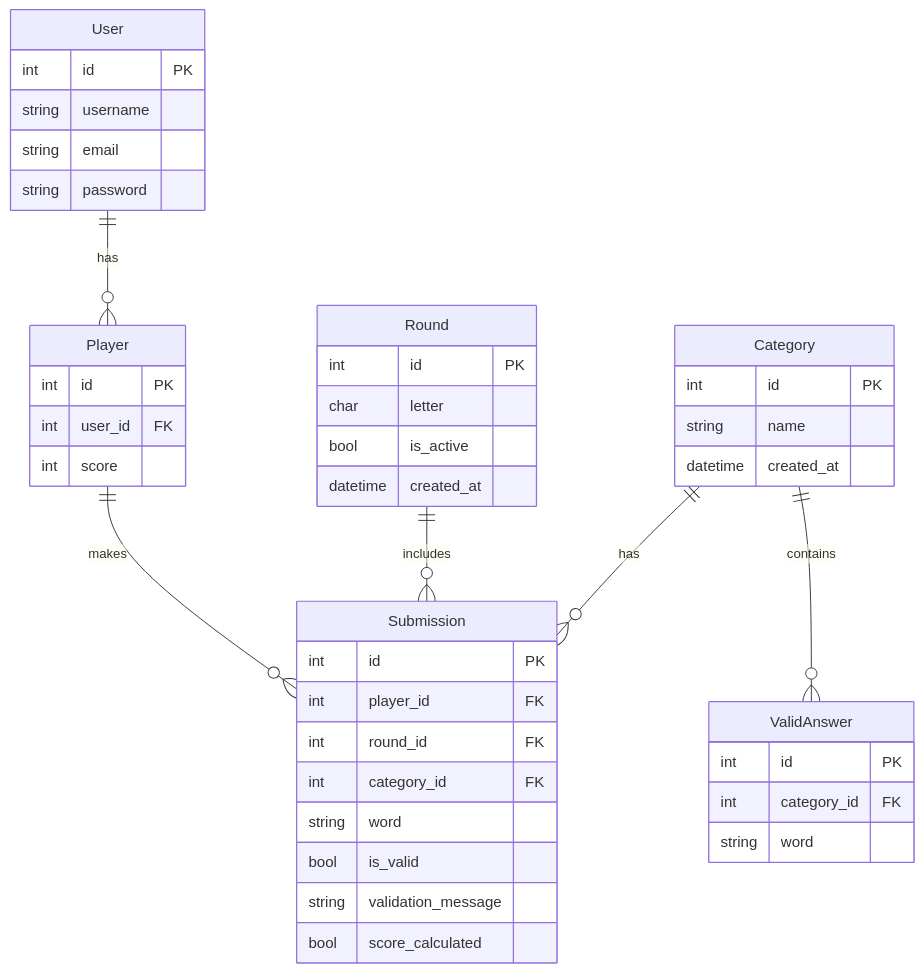
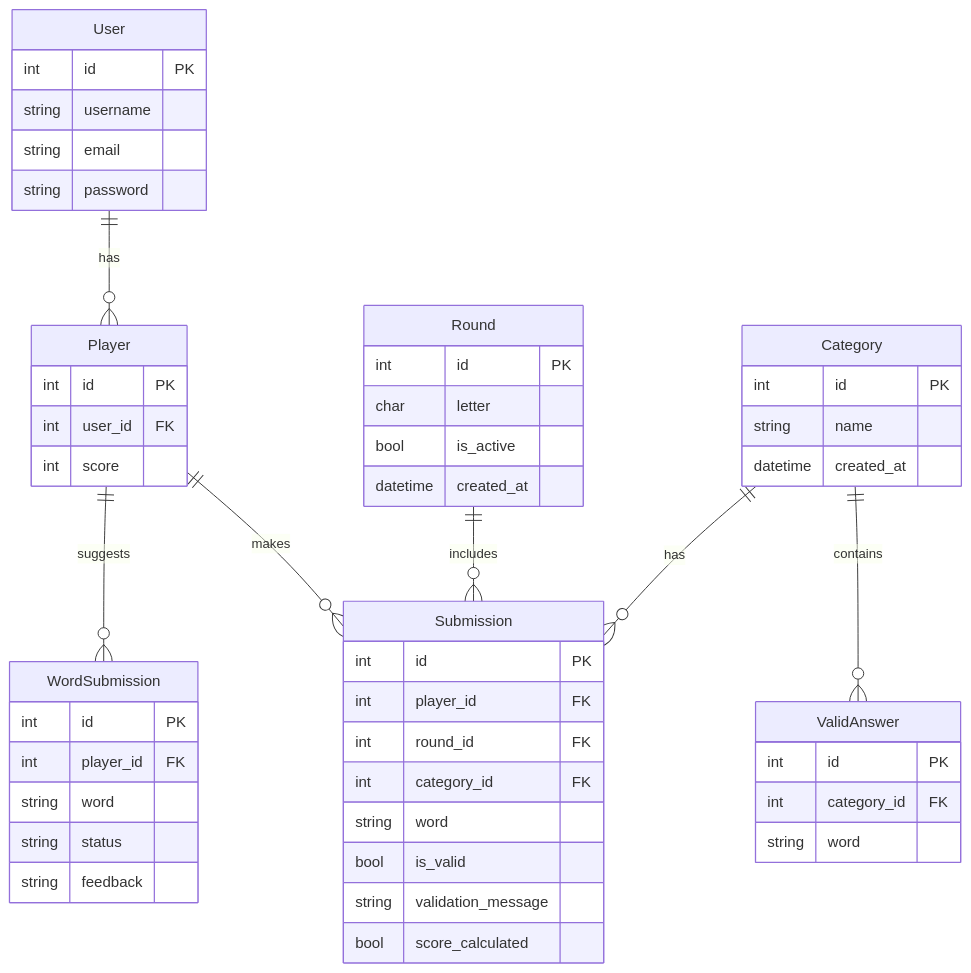
One commit to alanmaizon/stop_game changed the diagram in README.md. Above: the diagram before and after it, drawn with Mermaid. The commit also changed other lines of this file, not shown here.

````diff
--- a/README.md
+++ b/README.md
@@ -41,51 +47,60 @@
 ```mermaid
 erDiagram
     User {
         int id PK
         string username
         string email
         string password
     }
 
     Player {
         int id PK
         int user_id FK
         int score
     }
 
     Round {
         int id PK
         char letter
         bool is_active
         datetime created_at
     }
 
     Category {
         int id PK
         string name
         datetime created_at
     }
 
     Submission {
         int id PK
         int player_id FK
         int round_id FK
         int category_id FK
         string word
         bool is_valid
         string validation_message
         bool score_calculated
     }
 
+    WordSubmission {
+        int id PK
+        int player_id FK
+        string word
+        string status
+        string feedback
+    }
+
     ValidAnswer {
         int id PK
         int category_id FK
         string word
     }
 
     User ||--o{ Player : "has"
     Player ||--o{ Submission : "makes"
+    Player ||--o{ WordSubmission : "suggests"
     Round ||--o{ Submission : "includes"
     Category ||--o{ Submission : "has"
     Category ||--o{ ValidAnswer : "contains"
 ```
````
